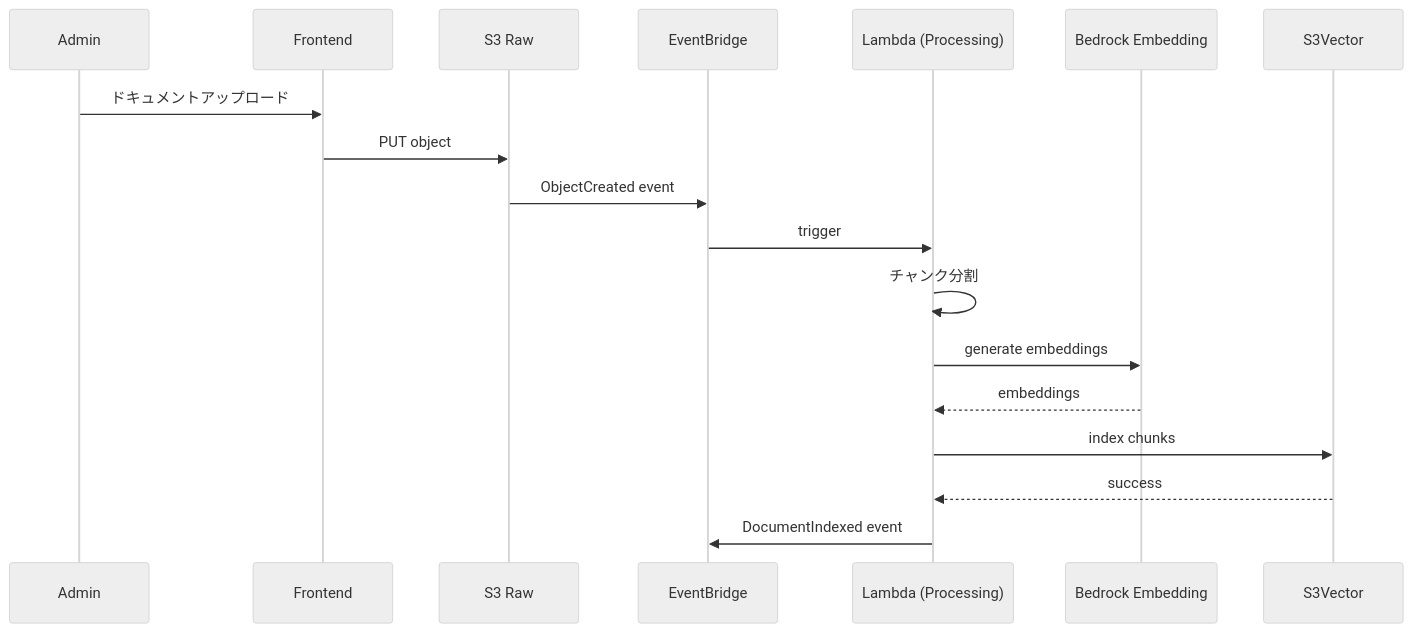
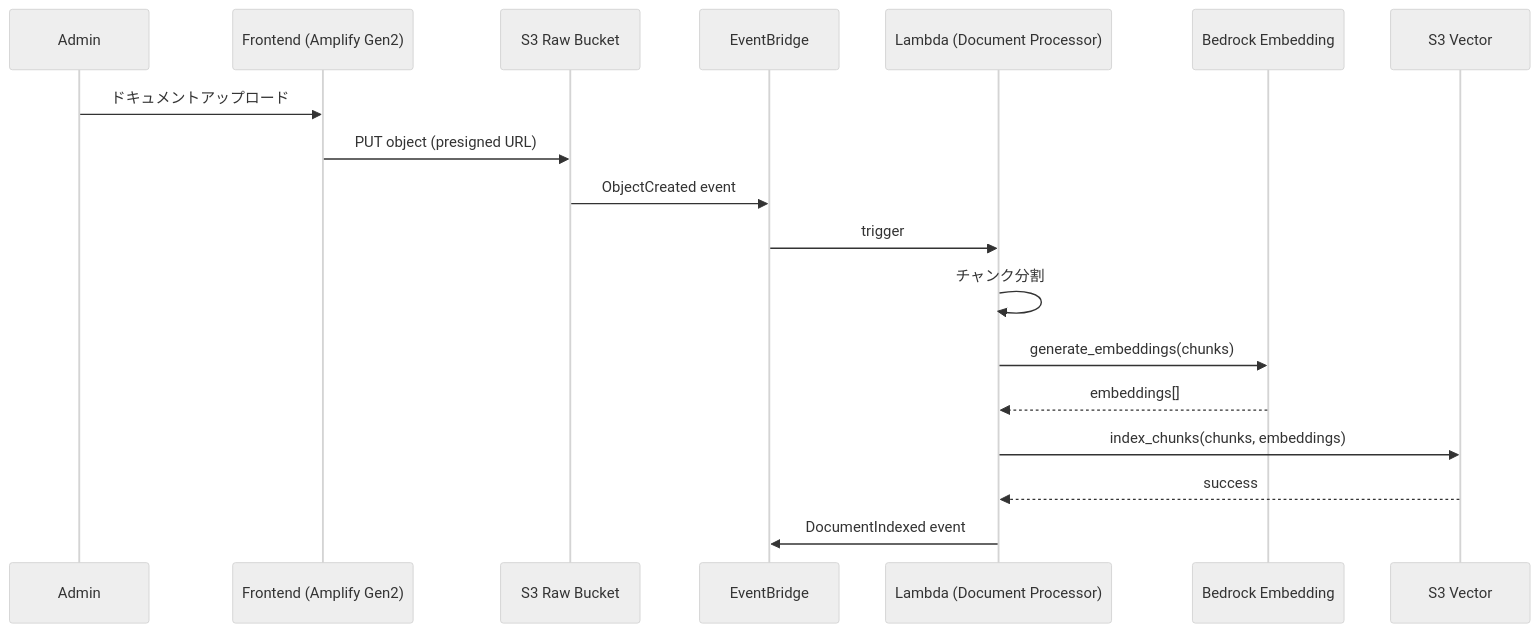
Before and after one commit to aezisai-inc/ai-agent-core-microservice-prot: the second of 2 diagrams in 02-architecture/02-system-architecture.md, drawn with Mermaid (neutral theme). The commit also changed other lines of this file and 5 other files, not shown here.

First line of the commit message:
docs: AgentCore Runtime + Amplify Gen2 設計ドキュメント完全更新

````diff
--- a/02-architecture/02-system-architecture.md
+++ b/02-architecture/02-system-architecture.md
@@ -121,24 +511,24 @@
 ```mermaid
 sequenceDiagram
     participant Admin
-    participant FE as Frontend
-    participant S3 as S3 Raw
+    participant FE as Frontend (Amplify Gen2)
+    participant S3 as S3 Raw Bucket
     participant EB as EventBridge
-    participant LB as Lambda (Processing)
+    participant LB as Lambda (Document Processor)
     participant BR as Bedrock Embedding
-    participant S3V as S3Vector
+    participant S3V as S3 Vector
 
     Admin->>FE: ドキュメントアップロード
-    FE->>S3: PUT object
+    FE->>S3: PUT object (presigned URL)
     S3->>EB: ObjectCreated event
     EB->>LB: trigger
     
     LB->>LB: チャンク分割
-    LB->>BR: generate embeddings
-    BR-->>LB: embeddings
+    LB->>BR: generate_embeddings(chunks)
+    BR-->>LB: embeddings[]
     
-    LB->>S3V: index chunks
+    LB->>S3V: index_chunks(chunks, embeddings)
     S3V-->>LB: success
     
     LB->>EB: DocumentIndexed event
 ```
````
